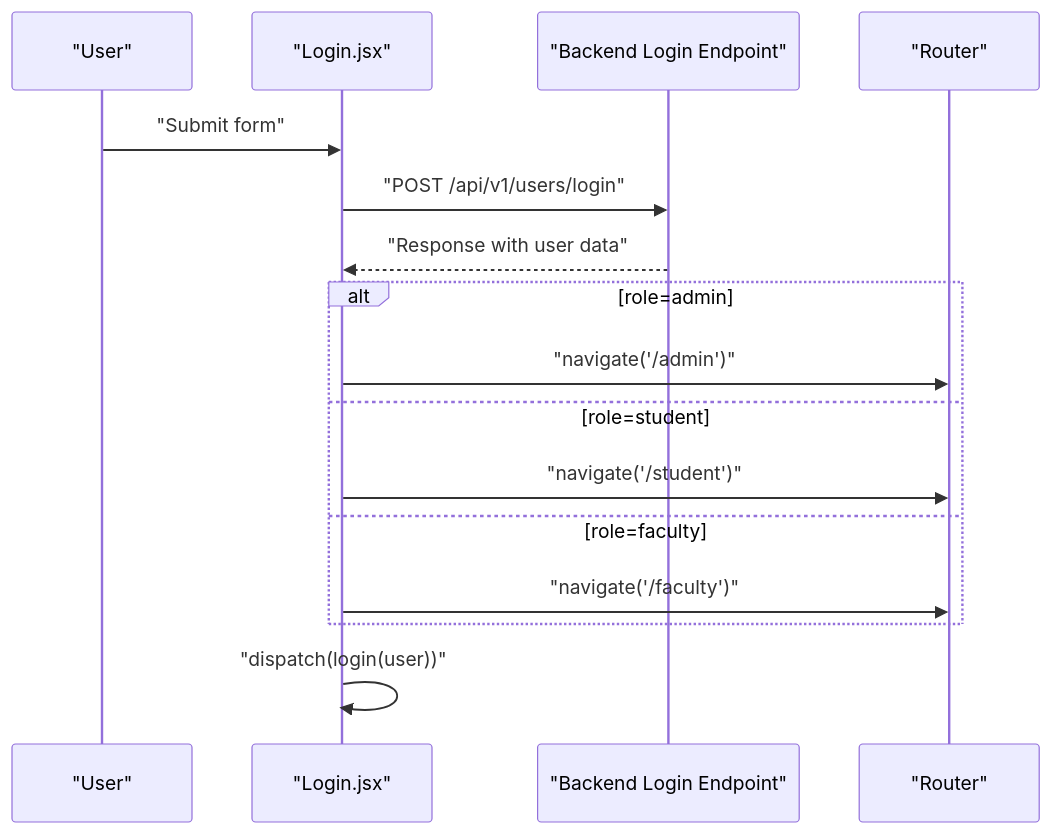
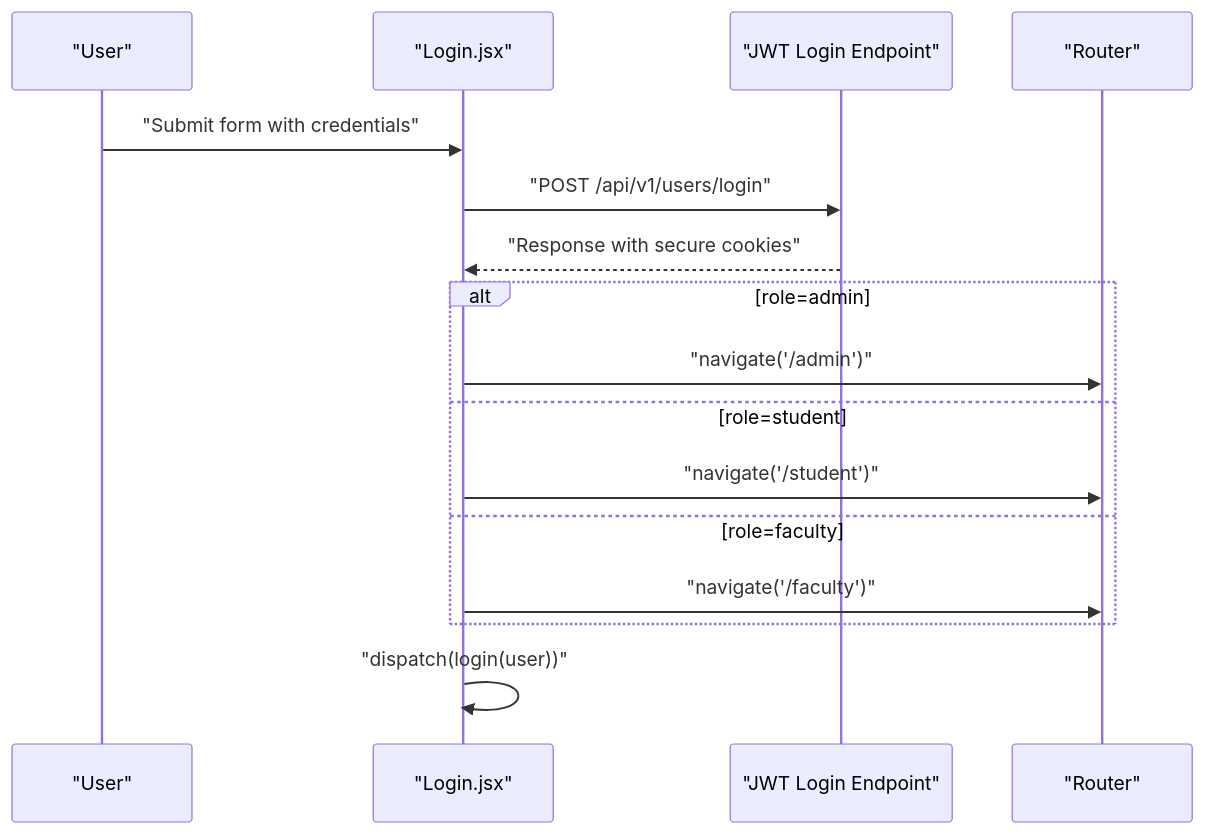
One commit to Aryan9060/Timetable-Project changed the eighth of 11 diagrams in .qoder/repowiki/en/content/Authentication & Authorization/Authentication & Authorization.md. Above: the diagram before and after it, drawn with Mermaid. The commit also changed other lines of this file and 15 other files, not shown here.

````diff
--- a/.qoder/repowiki/en/content/Authentication & Authorization/Authentication & Authorization.md
+++ b/.qoder/repowiki/en/content/Authentication & Authorization/Authentication & Authorization.md
@@ -202,18 +401,18 @@
 ```mermaid
 sequenceDiagram
 participant U as "User"
 participant L as "Login.jsx"
-participant API as "Backend Login Endpoint"
+participant API as "JWT Login Endpoint"
 participant R as "Router"
-U->>L : "Submit form"
+U->>L : "Submit form with credentials"
 L->>API : "POST /api/v1/users/login"
-API-->>L : "Response with user data"
+API-->>L : "Response with secure cookies"
 alt role=admin
 L->>R : "navigate('/admin')"
 else role=student
 L->>R : "navigate('/student')"
 else role=faculty
 L->>R : "navigate('/faculty')"
 end
 L->>L : "dispatch(login(user))"
 ```
````
